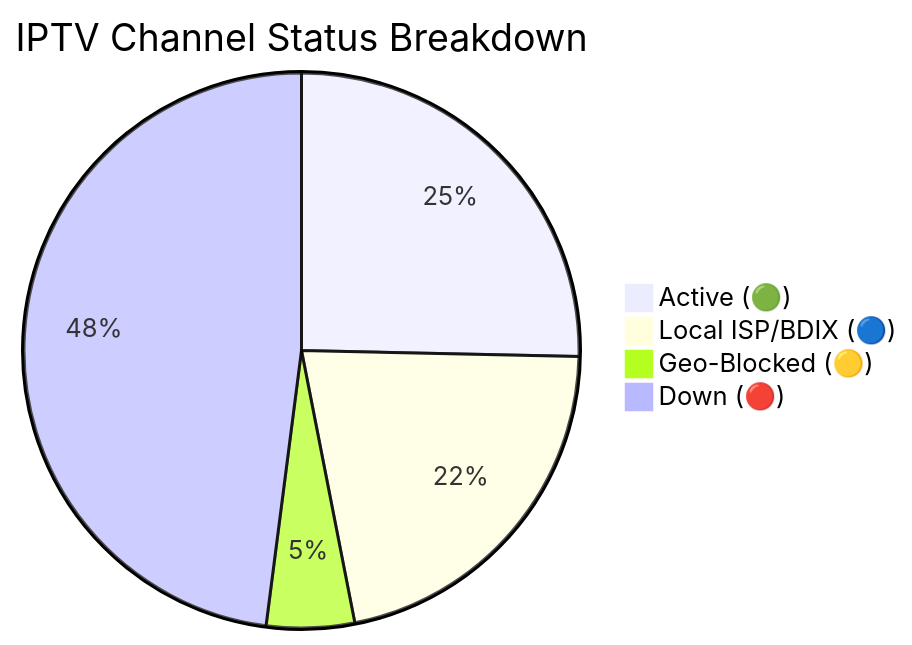
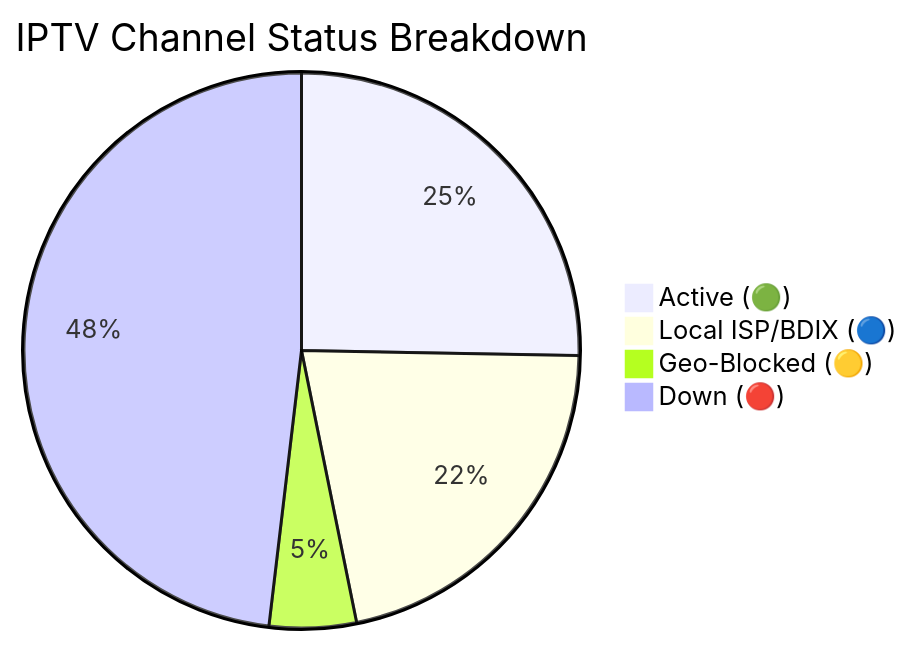
One commit to Zaman-Topu/Ip-tv-Collection changed the diagram in README.md. Above: the diagram before and after it, drawn with Mermaid. The commit also changed other lines of this file and 3 other files, not shown here.

````diff
--- a/README.md
+++ b/README.md
@@ -118,7 +118,7 @@
 ```mermaid
 pie title IPTV Channel Status Breakdown
-    "Active (🟢)" : 10533
+    "Active (🟢)" : 10535
     "Local ISP/BDIX (🔵)" : 8965
-    "Geo-Blocked (🟡)" : 2127
-    "Down (🔴)" : 19930
+    "Geo-Blocked (🟡)" : 2107
+    "Down (🔴)" : 20045
 ```
````
